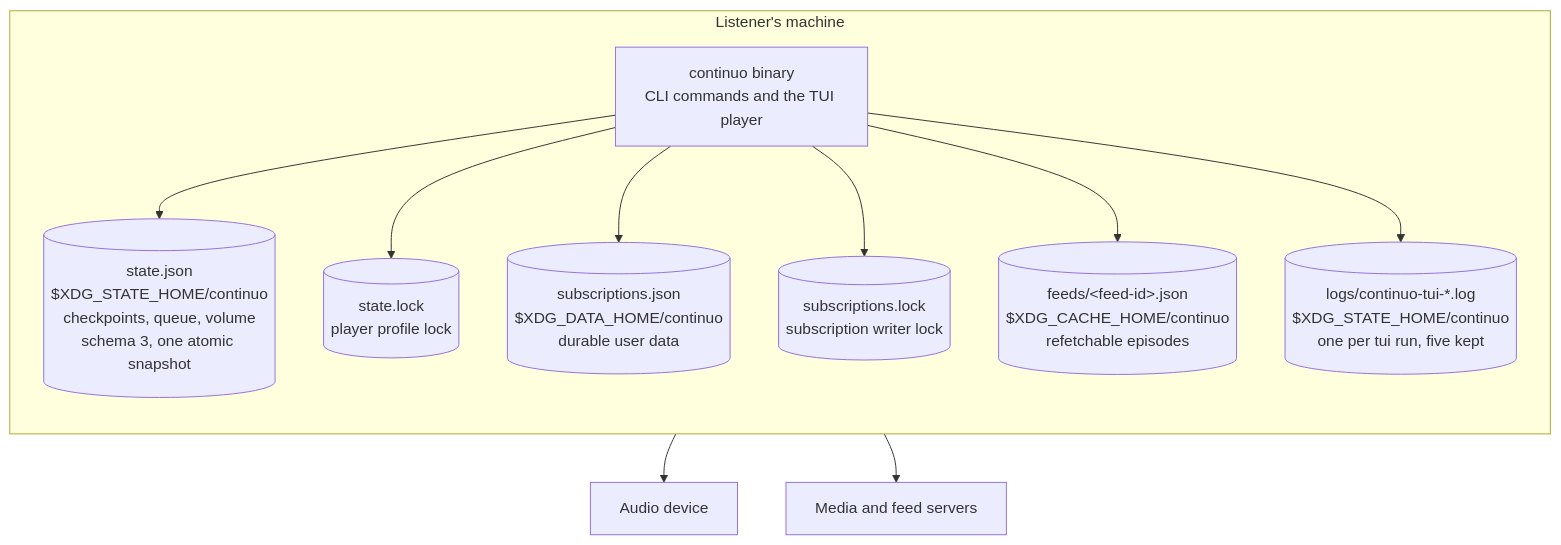
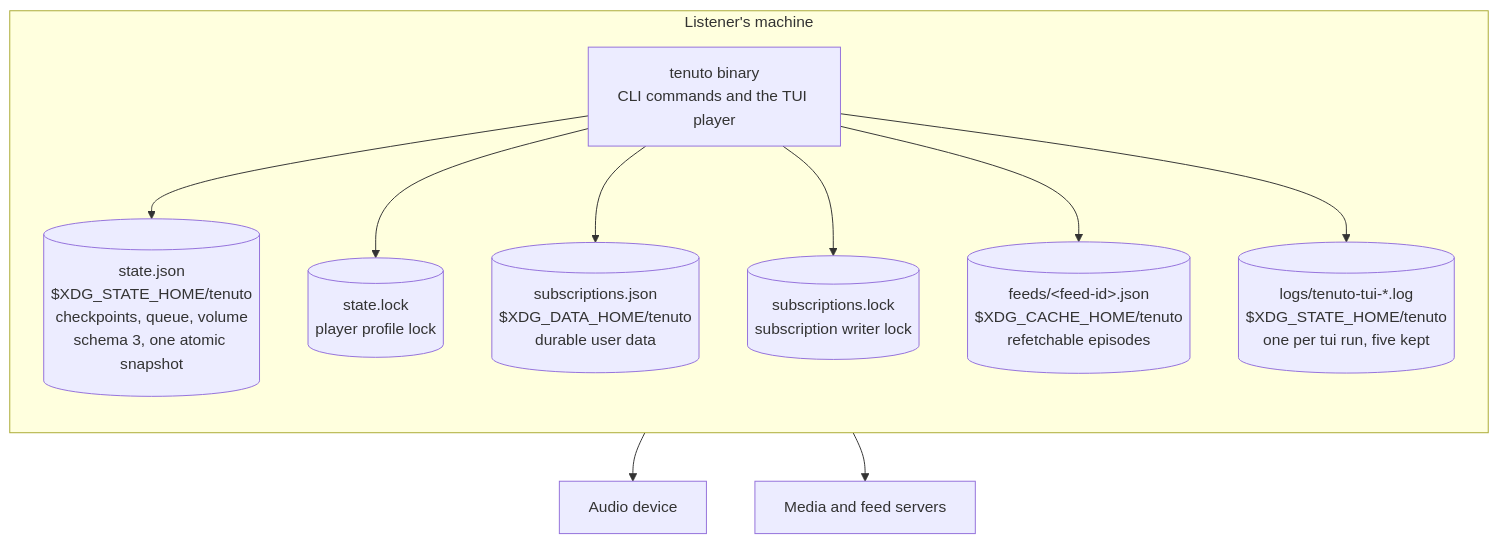
The second of 5 diagrams in docs/architecture.md (alvytsk/continuo), drawn with Mermaid before and after one commit. The commit also changed other lines of this file and 146 other files, not shown here.

````diff
--- a/docs/architecture.md
+++ b/docs/architecture.md
@@ -63,24 +63,24 @@
 ```mermaid
 flowchart TB
     subgraph host["Listener's machine"]
         direction TB
-        bin["continuo binary<br/>CLI commands and the TUI player"]
-        state[("state.json<br/>$XDG_STATE_HOME/continuo<br/>checkpoints, queue, volume<br/>schema 3, one atomic snapshot")]
+        bin["tenuto binary<br/>CLI commands and the TUI player"]
+        state[("state.json<br/>$XDG_STATE_HOME/tenuto<br/>checkpoints, queue, volume<br/>schema 3, one atomic snapshot")]
         lock[("state.lock<br/>player profile lock")]
-        subs[("subscriptions.json<br/>$XDG_DATA_HOME/continuo<br/>durable user data")]
+        subs[("subscriptions.json<br/>$XDG_DATA_HOME/tenuto<br/>durable user data")]
         slock[("subscriptions.lock<br/>subscription writer lock")]
-        cache[("feeds/&lt;feed-id&gt;.json<br/>$XDG_CACHE_HOME/continuo<br/>refetchable episodes")]
-        logs[("logs/continuo-tui-*.log<br/>$XDG_STATE_HOME/continuo<br/>one per tui run, five kept")]
+        cache[("feeds/&lt;feed-id&gt;.json<br/>$XDG_CACHE_HOME/tenuto<br/>refetchable episodes")]
+        logs[("logs/tenuto-tui-*.log<br/>$XDG_STATE_HOME/tenuto<br/>one per tui run, five kept")]
     end
     device["Audio device"]
     net["Media and feed servers"]
 
     bin --> state
     bin --> lock
     bin --> subs
     bin --> slock
     bin --> cache
     bin --> logs
     bin --> device
     bin --> net
 ```
````
